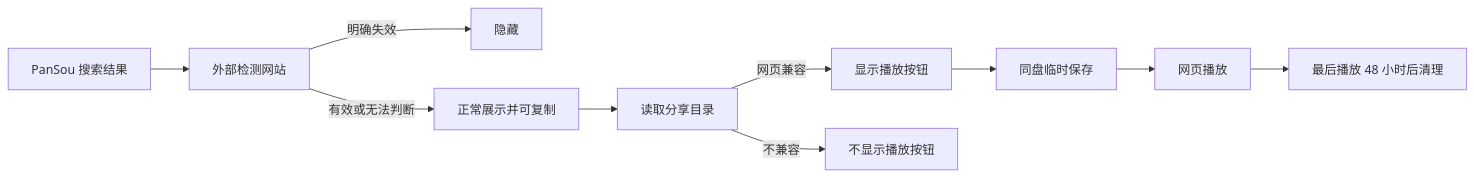
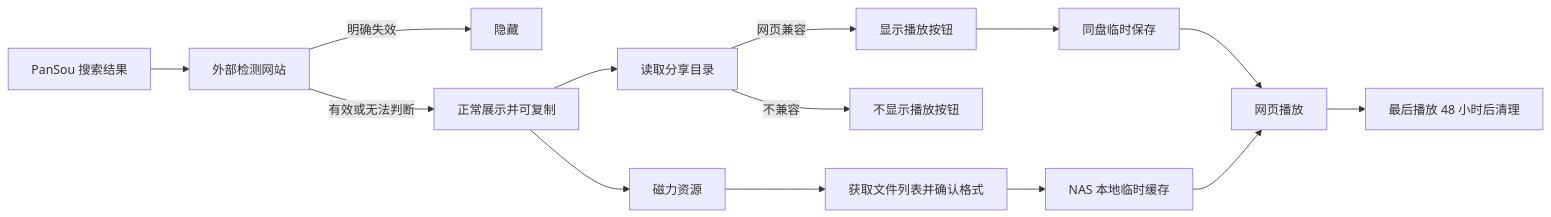
Before and after one commit to micaibiji/feihai-netdisk: the diagram in README.md, drawn with Mermaid. The commit also changed other lines of this file and 19 other files, not shown here.

````diff
--- a/README.md
+++ b/README.md
@@ -36,12 +38,16 @@
 ```mermaid
 flowchart LR
   A[PanSou 搜索结果] --> B[外部检测网站]
   B -->|明确失效| C[隐藏]
   B -->|有效或无法判断| D[正常展示并可复制]
   D --> E[读取分享目录]
   E -->|网页兼容| F[显示播放按钮]
   E -->|不兼容| G[不显示播放按钮]
   F --> H[同盘临时保存]
   H --> I[网页播放]
   I --> J[最后播放 48 小时后清理]
+  D --> K[磁力资源]
+  K --> L[获取文件列表并确认格式]
+  L --> M[NAS 本地临时缓存]
+  M --> I
 ```
````
